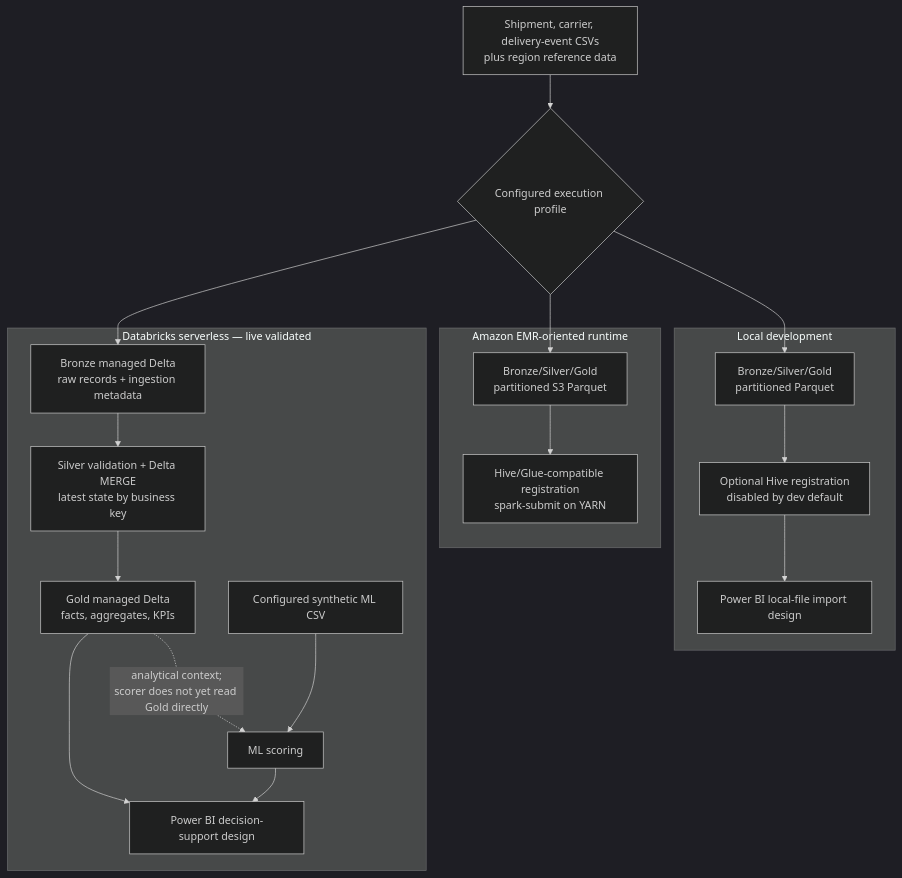
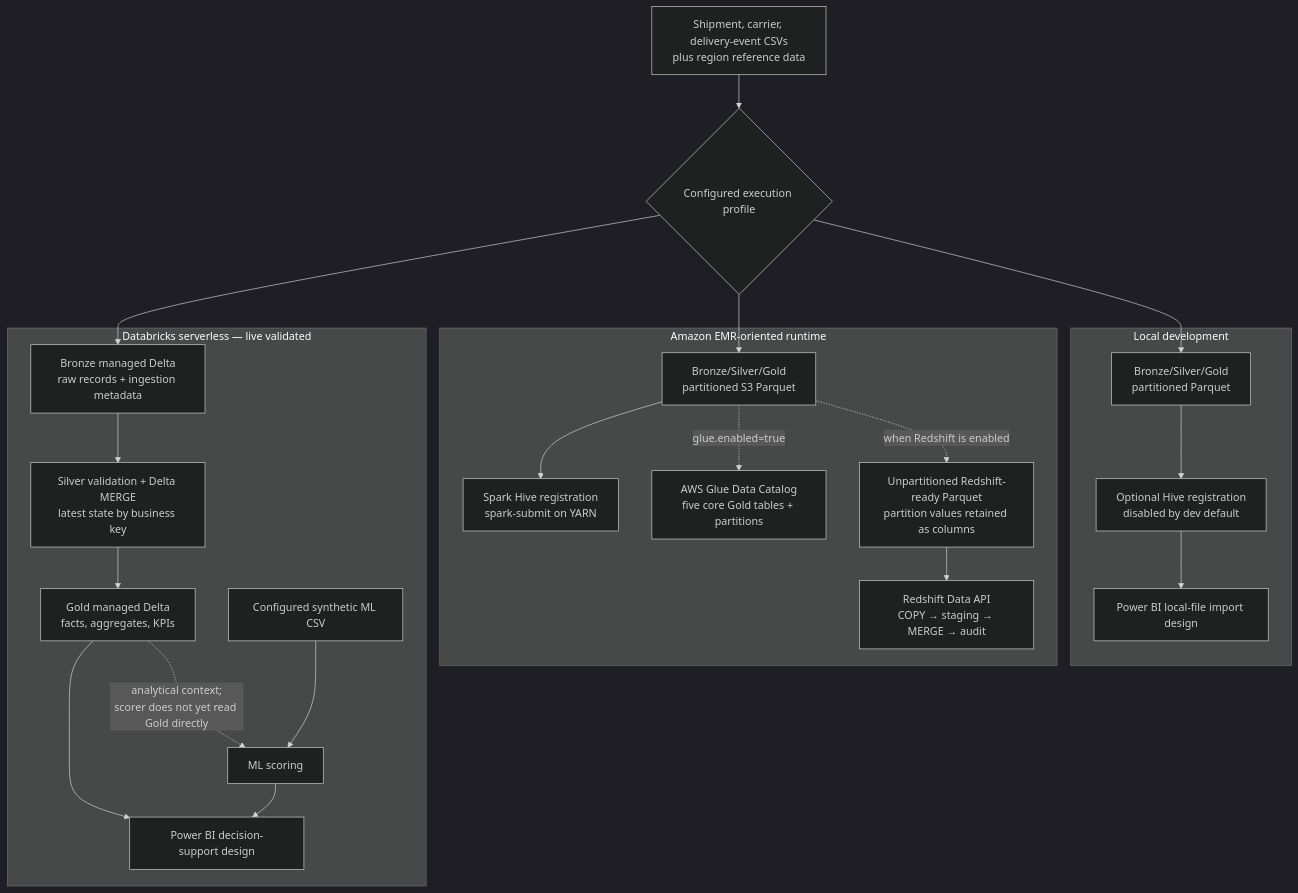
One commit to Sivarohitk/Transportation-Shipment-ETL-Pipeline changed the diagram in README.md. Above: the diagram before and after it, drawn with Mermaid (dark theme). The commit also changed other lines of this file and 17 other files, not shown here.

Commit message:
"Implement AWS Glue Data Catalog publishing"

````diff
--- a/README.md
+++ b/README.md
@@ -49,28 +53,31 @@
 ```mermaid
 flowchart TB
     S["Shipment, carrier, delivery-event CSVs<br/>plus region reference data"]
     R{"Configured execution profile"}
     S --> R
 
     subgraph LOCAL["Local development"]
         L1["Bronze/Silver/Gold<br/>partitioned Parquet"] --> L2["Optional Hive registration<br/>disabled by dev default"]
         L2 --> L3["Power BI local-file import design"]
     end
 
     subgraph EMR["Amazon EMR-oriented runtime"]
-        E1["Bronze/Silver/Gold<br/>partitioned S3 Parquet"] --> E2["Hive/Glue-compatible registration<br/>spark-submit on YARN"]
+        E1["Bronze/Silver/Gold<br/>partitioned S3 Parquet"] --> E2["Spark Hive registration<br/>spark-submit on YARN"]
+        E1 -. "glue.enabled=true" .-> GC["AWS Glue Data Catalog<br/>five core Gold tables + partitions"]
+        E1 -. "when Redshift is enabled" .-> E3["Unpartitioned Redshift-ready Parquet<br/>partition values retained as columns"]
+        E3 --> E4["Redshift Data API<br/>COPY → staging → MERGE → audit"]
     end
 
     subgraph DBX["Databricks serverless — live validated"]
         D1["Bronze managed Delta<br/>raw records + ingestion metadata"] --> D2["Silver validation + Delta MERGE<br/>latest state by business key"]
         D2 --> D3["Gold managed Delta<br/>facts, aggregates, KPIs"]
         D3 -. "analytical context;<br/>scorer does not yet read Gold directly" .-> D4["ML scoring"]
         M["Configured synthetic ML CSV"] --> D4
         D3 --> D5["Power BI decision-support design"]
         D4 --> D5
     end
 
     R --> L1
     R --> E1
     R --> D1
 ```
````
